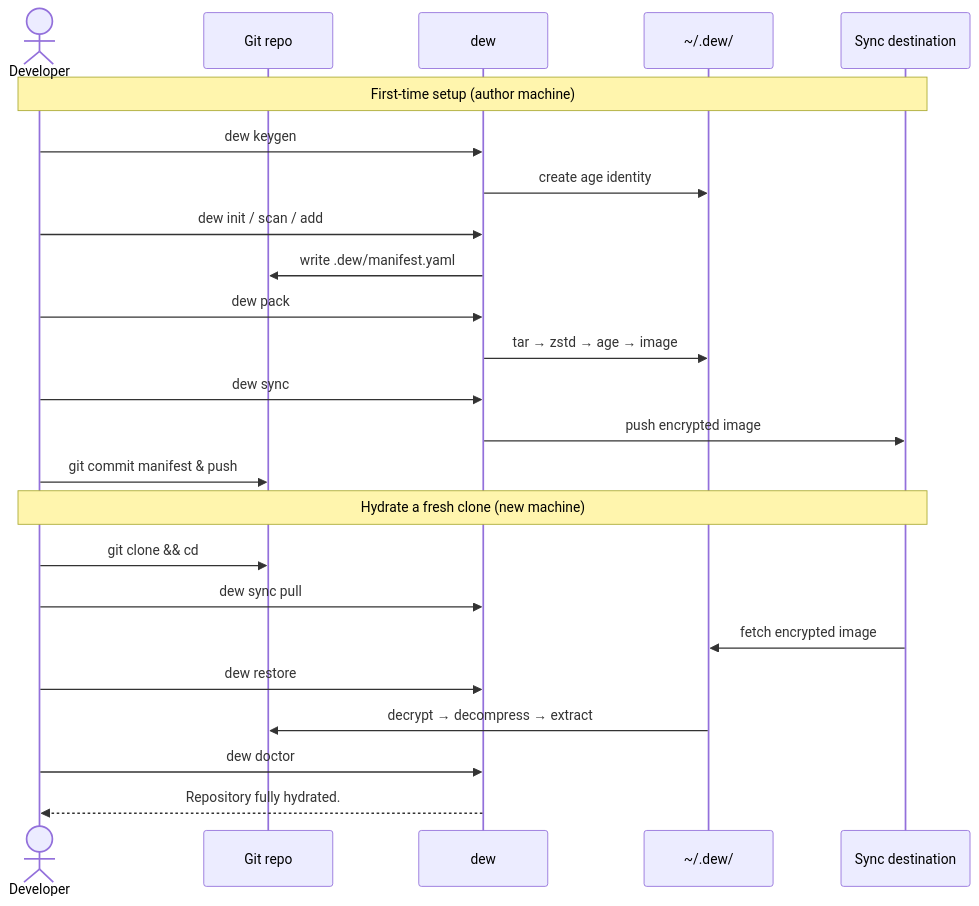
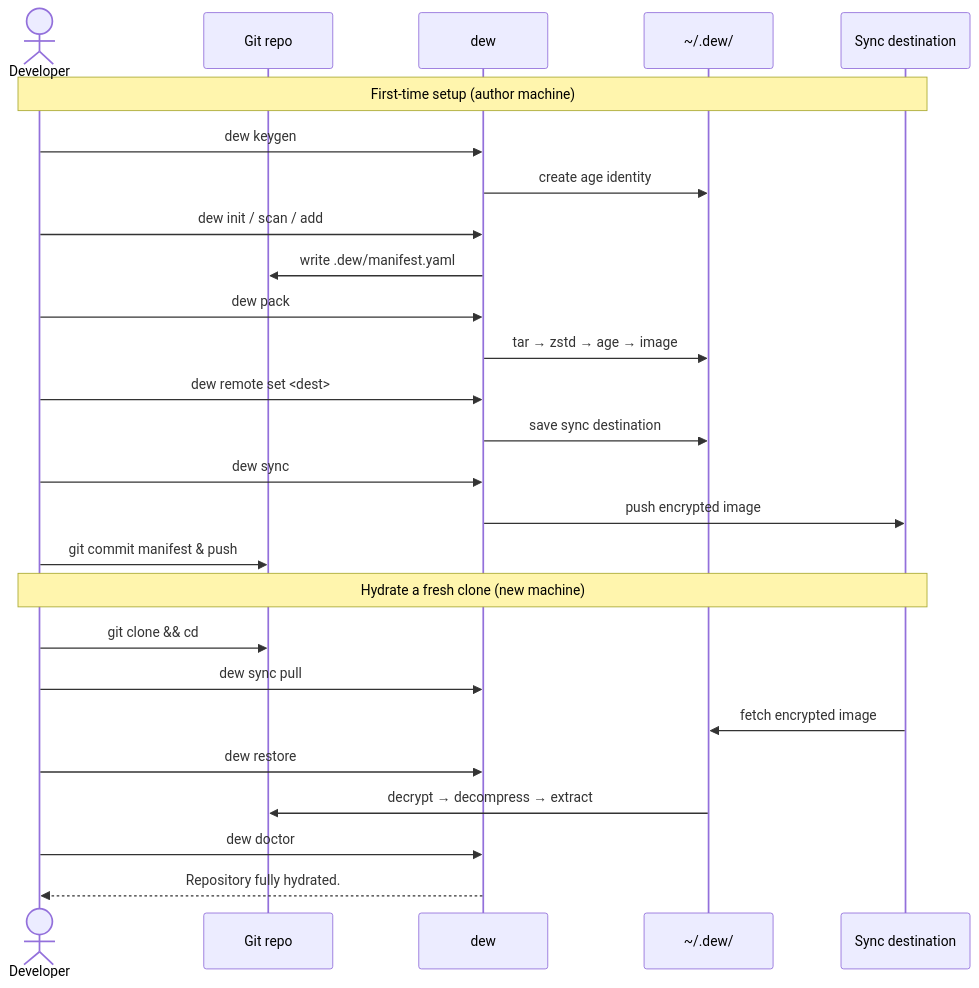
The second of 2 diagrams in README.md (vedanta/dew), drawn with Mermaid before and after one commit. The commit also changed other lines of this file and 5 other files, not shown here.

First line of the commit message:
Align help + README with the help-style standard and dew remote

````diff
--- a/README.md
+++ b/README.md
@@ -83,28 +83,30 @@
 ```mermaid
 sequenceDiagram
     actor Dev as Developer
     participant Repo as Git repo
     participant CLI as dew
     participant Store as ~/.dew/
     participant Remote as Sync destination
 
     Note over Dev,Remote: First-time setup (author machine)
     Dev->>CLI: dew keygen
     CLI->>Store: create age identity
     Dev->>CLI: dew init / scan / add
     CLI->>Repo: write .dew/manifest.yaml
     Dev->>CLI: dew pack
     CLI->>Store: tar → zstd → age → image
+    Dev->>CLI: dew remote set <dest>
+    CLI->>Store: save sync destination
     Dev->>CLI: dew sync
     CLI->>Remote: push encrypted image
     Dev->>Repo: git commit manifest & push
 
     Note over Dev,Remote: Hydrate a fresh clone (new machine)
     Dev->>Repo: git clone && cd
     Dev->>CLI: dew sync pull
     Remote->>Store: fetch encrypted image
     Dev->>CLI: dew restore
     Store->>Repo: decrypt → decompress → extract
     Dev->>CLI: dew doctor
     CLI-->>Dev: Repository fully hydrated.
 ```
````
